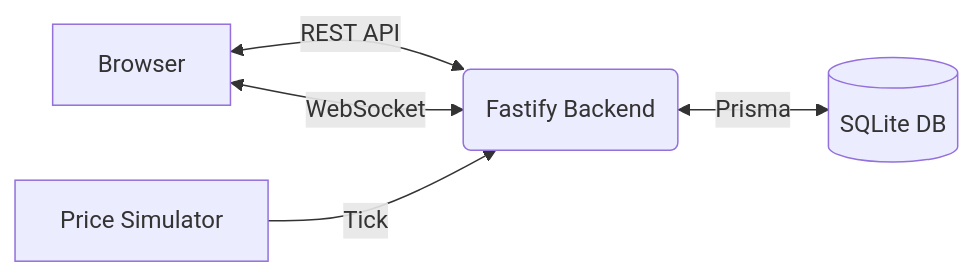
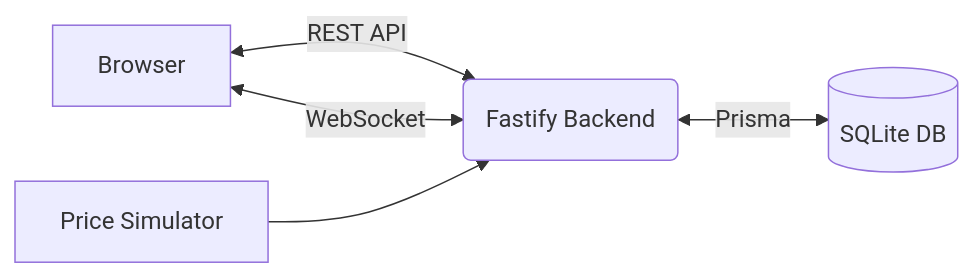
One commit to Akshat0359/stock-broker-dashboard changed the first of 2 diagrams in README.md. Above: the diagram before and after it, drawn with Mermaid. The commit also changed other lines of this file, not shown here.

````diff
--- a/README.md
+++ b/README.md
@@ -52,7 +42,7 @@
 ```mermaid
 flowchart LR
     Client[Browser] <-->|REST API| Server(Fastify Backend)
     Client <-->|WebSocket| Server
     Server <-->|Prisma| DB[(SQLite DB)]
-    Sim[Price Simulator] -->|Tick| Server
+    Sim[Price Simulator] --> Server
 ```
````
